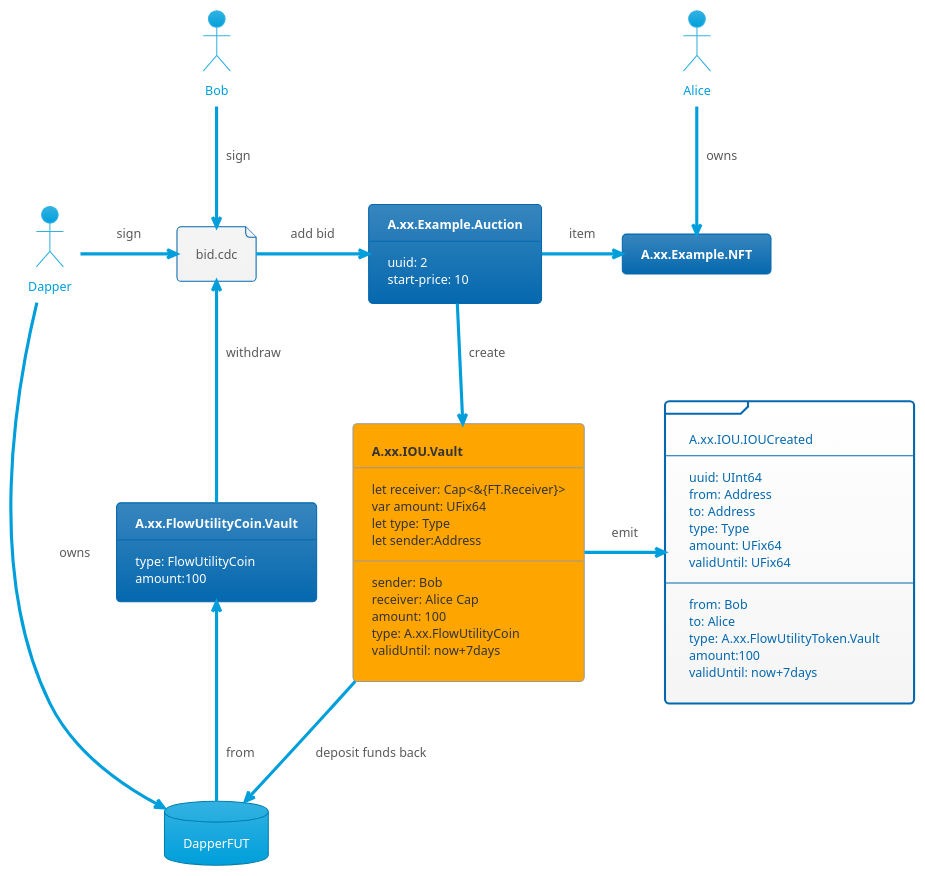
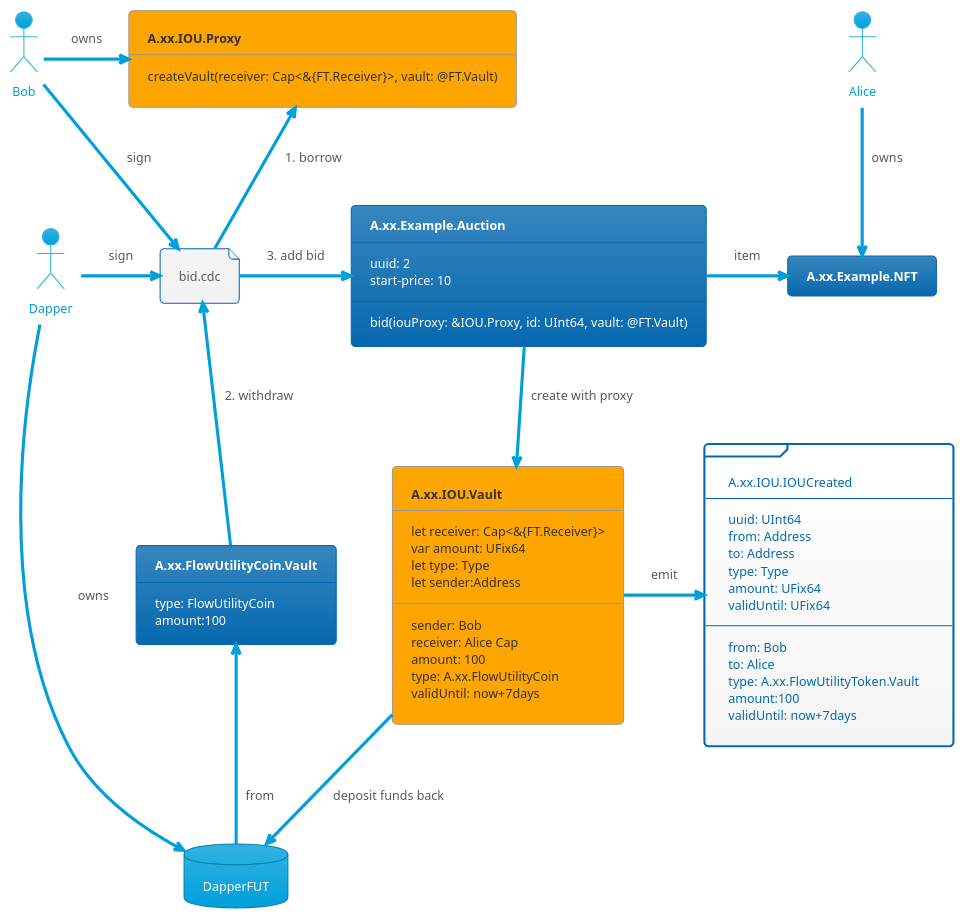
One commit to findonflow/iou changed the diagram in bid.puml. Above: the diagram before and after it, drawn with PlantUML. The commit also changed 8 other files, not shown here.

```diff
--- a/bid.puml
+++ b/bid.puml
@@ -1,81 +1,92 @@
 @startuml
 !theme bluegray
 
 actor Bob
 actor Alice
 actor Dapper
 
 Database DapperFUT 
 
 file Bid [
     bid.cdc
+]
+
+agent Proxy [
+    <b>A.xx.IOU.Proxy
+    ---
+    createVault(receiver: Cap<&{FT.Receiver}>, vault: @FT.Vault)
 ]
 
 frame ioucreated [
     A.xx.IOU.IOUCreated
     ---
     uuid: UInt64
     from: Address
     to: Address
     type: Type
     amount: UFix64
     validUntil: UFix64
     ---
     from: Bob
     to: Alice
     type: A.xx.FlowUtilityToken.Vault
     amount:100
     validUntil: now+7days
 ]
 
 
 card Vault [
         <b>A.xx.FlowUtilityCoin.Vault
         ---
         type: FlowUtilityCoin
         amount:100
     ]
 
 
 card NFT [
     <b>A.xx.Example.NFT
 ]
 
 card Auction [
     <b>A.xx.Example.Auction
     ---
     uuid: 2
     start-price: 10
+    --
+    bid(iouProxy: &IOU.Proxy, id: UInt64, vault: @FT.Vault)
 ]
 
 agent IOU [
     <b>A.xx.IOU.Vault
     ---
     let receiver: Cap<&{FT.Receiver}>
     var amount: UFix64
     let type: Type
     let sender:Address
     ---
     sender: Bob
     receiver: Alice Cap
     amount: 100
     type: A.xx.FlowUtilityCoin
     validUntil: now+7days
 ]
 
+Bob -right-> Proxy : owns
+
 Bob --> Bid : sign
 Dapper -right-> Bid: sign
 
-Bid -right-> Auction: add bid
-Auction --> IOU : create
-Bid <-- Vault : withdraw
+Bid -up-> Proxy: 1. borrow
+Bid -right-> Auction: 3. add bid 
+Auction --> IOU : create with proxy
+Bid <-- Vault : 2. withdraw
 Vault <-- DapperFUT: from
 Dapper --> DapperFUT : owns
 
 IOU --> DapperFUT: deposit funds back
 Auction -right-> NFT : item 
 
 IOU -right-> ioucreated: emit
 Alice --> NFT : owns
 
 @enduml
```
